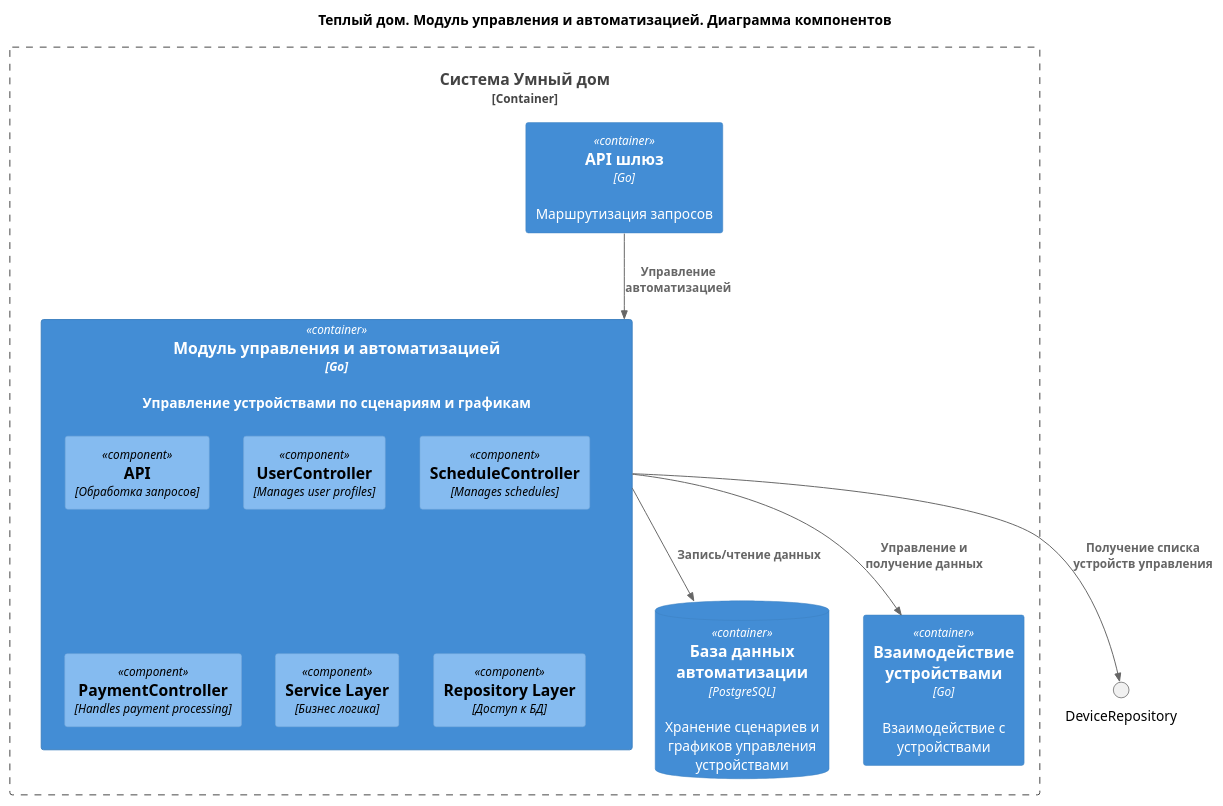
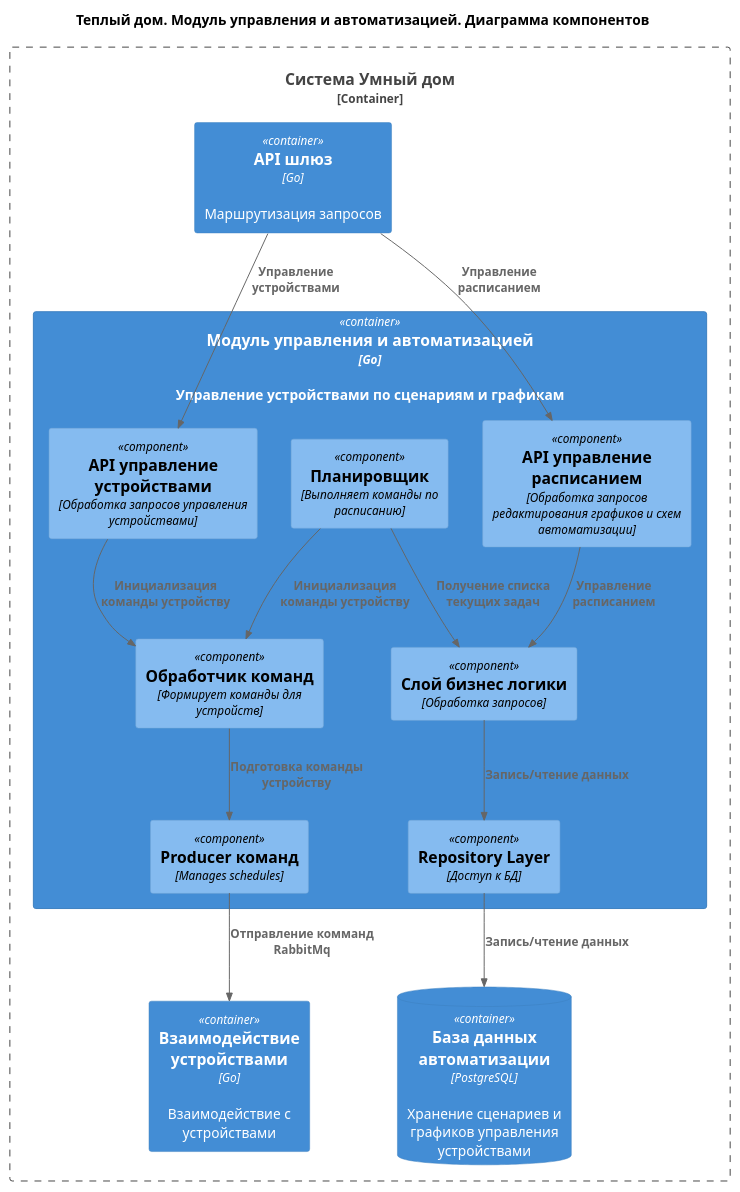
One commit to binaril/architecture-warmhouse changed the diagram in diagrams/C4.Component.Automatic.puml. Above: the diagram before and after it, drawn with PlantUML. The commit also changed 3 other files, not shown here.

Commit message:
Схемы компонентов готовы

```diff
--- a/diagrams/C4.Component.Automatic.puml
+++ b/diagrams/C4.Component.Automatic.puml
@@ -1,29 +1,36 @@
 @startuml
 title Теплый дом. Модуль управления и автоматизацией. Диаграмма компонентов
 
 top to bottom direction
 
 !includeurl https://raw.githubusercontent.com/RicardoNiepel/C4-PlantUML/master/C4_Component.puml
 
 
 Container_Boundary(SmartHouse, "Система Умный дом") {
   Container(GateWay, "API шлюз", "Go", "Маршрутизация запросов")
   Container(Automatic, "Модуль управления и автоматизацией", "Go", "Управление устройствами по сценариям и графикам")
   ContainerDb(AutomaticDb, "База данных автоматизации", "PostgreSQL", "Хранение сценариев и графиков управления устройствами")
   Container(DeviceControl, "Взаимодействие устройствами", "Go", "Взаимодействие с устройствами")    
 }
 
 Container(Automatic, "Модуль управления и автоматизацией", "Go") {
-  Component(ApiHandler, "API", "Обработка запросов")
-  Component(PollingCircle, "UserController", "Manages user profiles")
-  Component(ScheduleController, "ScheduleController", "Manages schedules")
-  Component(PaymentController, "PaymentController", "Handles payment processing")
-  Component(Aggragator, "Service Layer", "Бизнес логика")
+  Component(ManageController, "API управление расписанием", "Обработка запросов редактирования графиков и схем автоматизации")
+  Component(DeviceController, "API управление устройствами", "Обработка запросов управления устройствами")
+  Component(ServiceLayer, "Слой бизнес логики", "Обработка запросов")
+  Component(Scheduler, "Планировщик", "Выполняет команды по расписанию")
+  Component(Producer, "Producer команд", "Manages schedules")
+  Component(CommandBuilder, "Обработчик команд", "Формирует команды для устройств")
   Component(RepositoryLayer, "Repository Layer", "Доступ к БД")
 }
 
-Rel(GateWay, Automatic, "Управление автоматизацией")
-Rel(Automatic, AutomaticDb, "Запись/чтение данных")
-Rel(Automatic, DeviceRepository, "Получение списка устройств управления")
-Rel(Automatic, DeviceControl, "Управление и получение данных")
+Rel(GateWay, ManageController, "Управление расписанием")
+Rel(GateWay, DeviceController, "Управление устройствами")
+Rel(ManageController, ServiceLayer, "Управление расписанием")
+Rel(ServiceLayer, RepositoryLayer, "Запись/чтение данных")
+Rel(Scheduler, ServiceLayer, "Получение списка текущих задач")
+Rel(RepositoryLayer, AutomaticDb, "Запись/чтение данных")
+Rel(Scheduler, CommandBuilder, "Инициализация команды устройству")
+Rel(DeviceController, CommandBuilder, "Инициализация команды устройству")
+Rel(CommandBuilder, Producer, "Подготовка команды устройству")
+Rel(Producer, DeviceControl, "Отправление комманд RabbitMq")
 @enduml
```
